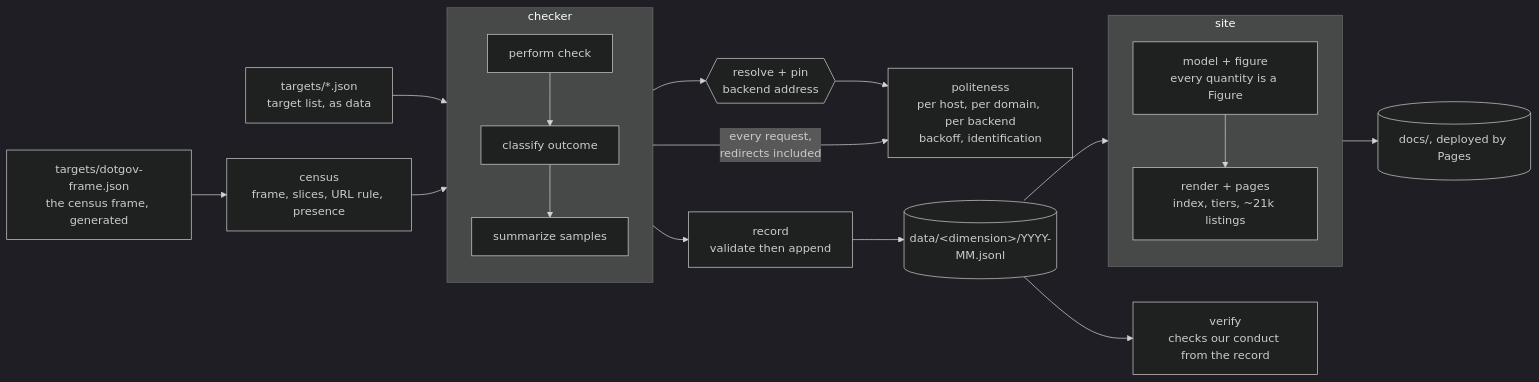
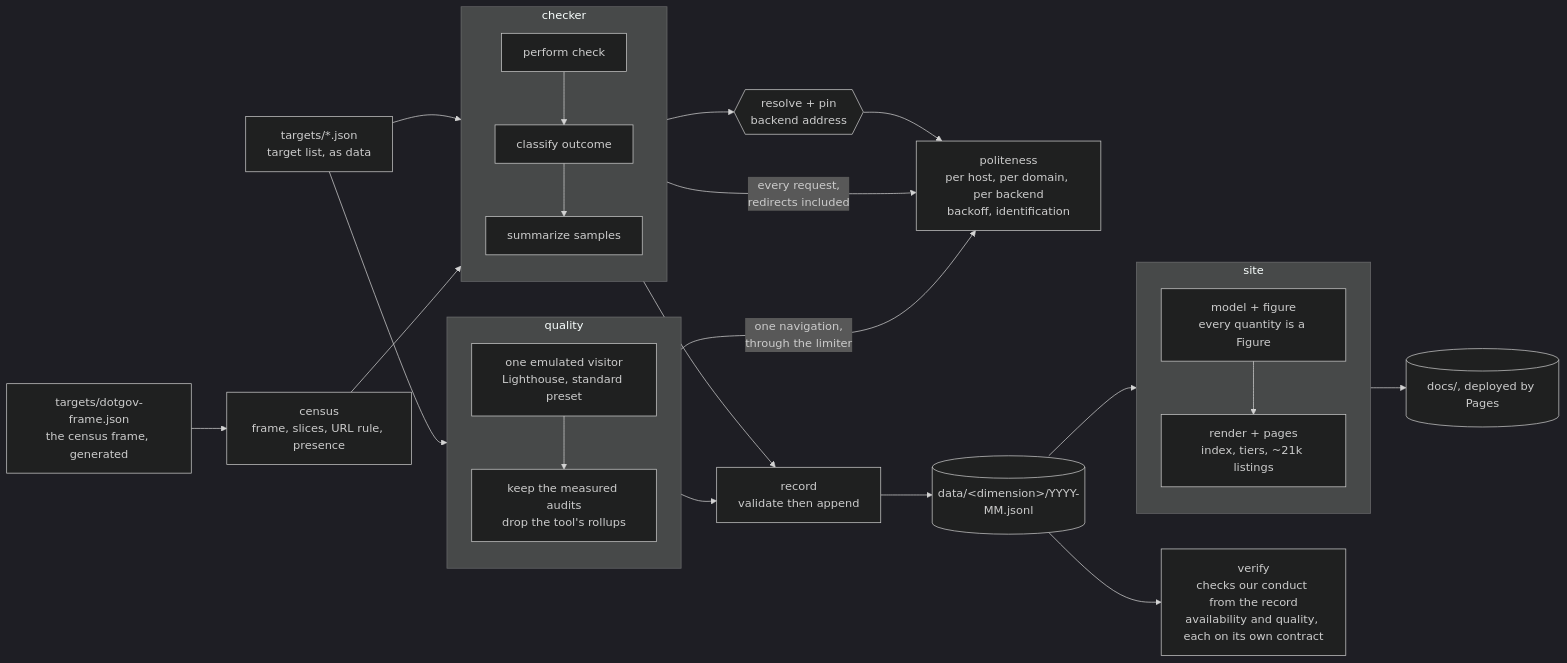
One commit to theDotGovDev/govWebChecker changed the first of 2 diagrams in ARCHITECTURE.md. Above: the diagram before and after it, drawn with Mermaid (dark theme). The commit also changed other lines of this file and 52 other files, not shown here.

````diff
--- a/ARCHITECTURE.md
+++ b/ARCHITECTURE.md
@@ -15,24 +15,31 @@
 ```mermaid
 flowchart LR
     targets[targets/*.json<br/>target list, as data] --> checker
     subgraph checker[checker]
         direction TB
         C1[perform check] --> C2[classify outcome]
         C2 --> C3[summarize samples]
     end
     checker -->|every request,<br/>redirects included| politeness
     politeness[politeness<br/>per host, per domain, per backend<br/>backoff, identification]
     dns{{resolve + pin<br/>backend address}} --> politeness
     checker --> dns
     frame[targets/dotgov-frame.json<br/>the census frame, generated] --> census
     census[census<br/>frame, slices, URL rule, presence] --> checker
+    targets --> quality
+    subgraph quality[quality]
+        direction TB
+        Q1[one emulated visitor<br/>Lighthouse, standard preset] --> Q2[keep the measured audits<br/>drop the tool's rollups]
+    end
+    quality -->|one navigation,<br/>through the limiter| politeness
     checker --> record[record<br/>validate then append]
+    quality --> record
     record --> data[(data/&lt;dimension&gt;/YYYY-MM.jsonl)]
-    data --> verify[verify<br/>checks our conduct from the record]
+    data --> verify[verify<br/>checks our conduct from the record<br/>availability and quality, each on its own contract]
     data --> site
     subgraph site[site]
         direction TB
         S1[model + figure<br/>every quantity is a Figure] --> S2[render + pages<br/>index, tiers, ~21k listings]
     end
     site --> docs[(docs/, deployed by Pages)]
 ```
````
